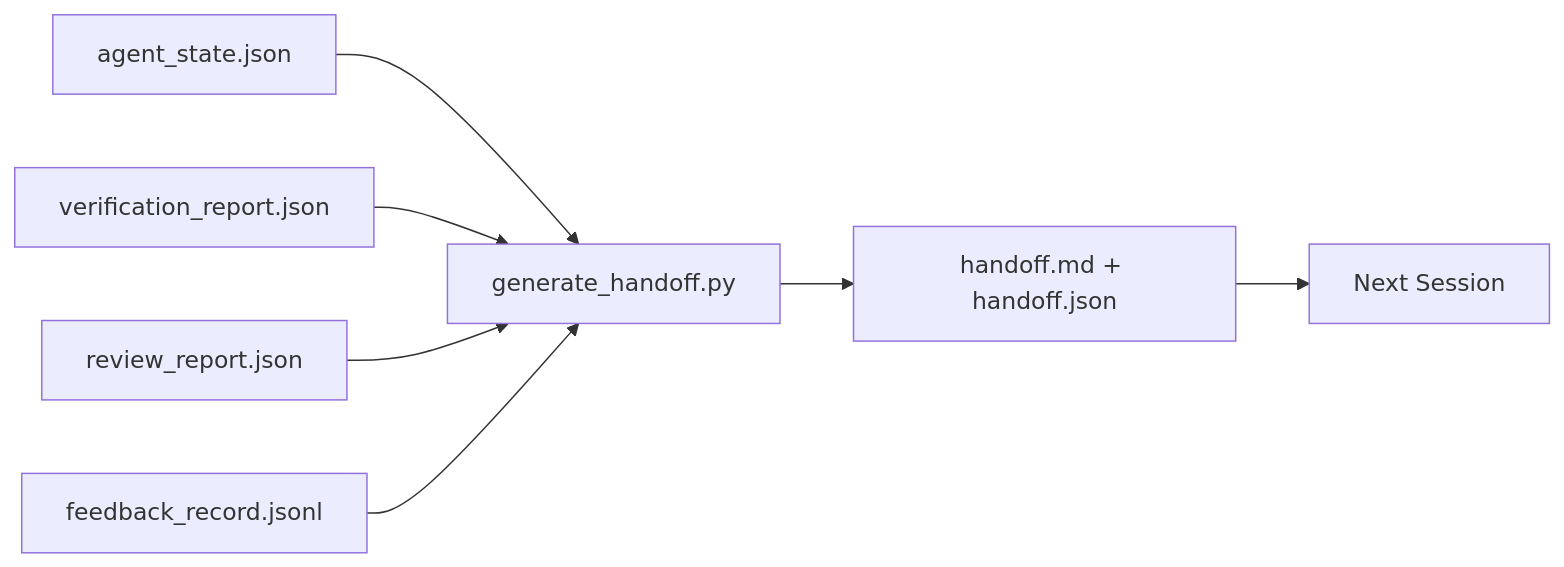
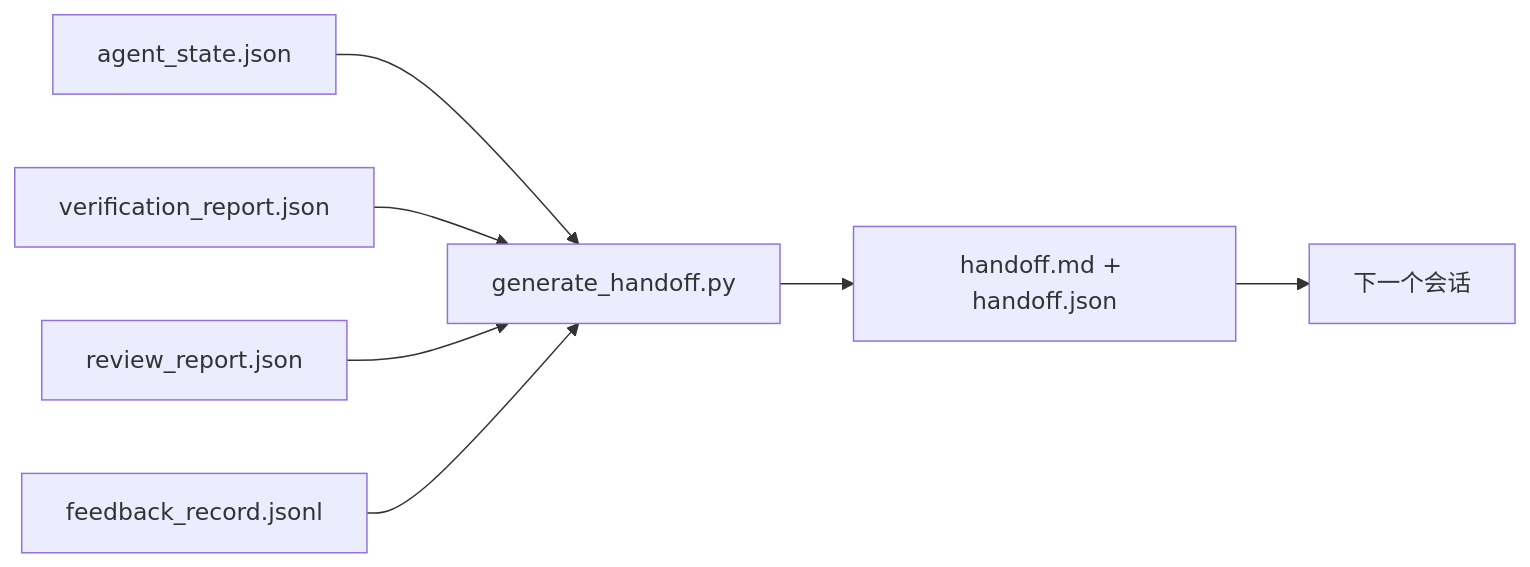
The diagram in phases/14-agent-engineering/40-multi-session-handoff/docs/en.md (cluster1900/ai-engineering-from-scratch-zh), drawn with Mermaid before and after one commit. The commit also changed other lines of this file and 1 other file, not shown here.

````diff
--- a/phases/14-agent-engineering/40-multi-session-handoff/docs/en.md
+++ b/phases/14-agent-engineering/40-multi-session-handoff/docs/en.md
@@ -25,9 +25,9 @@
 ```mermaid
 flowchart LR
   State[agent_state.json] --> Generator[generate_handoff.py]
   Verdict[verification_report.json] --> Generator
   Review[review_report.json] --> Generator
   Feedback[feedback_record.jsonl] --> Generator
   Generator --> Handoff[handoff.md + handoff.json]
-  Handoff --> Next[Next Session]
+  Handoff --> Next[下一个会话]
 ```
````
